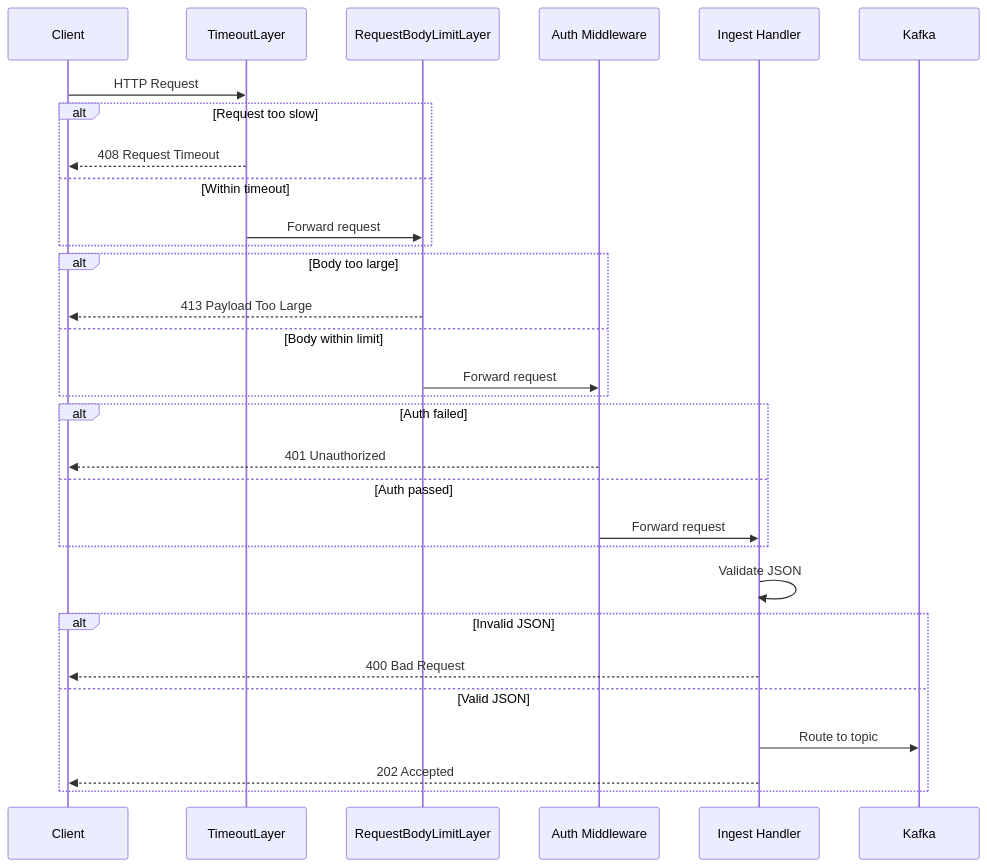
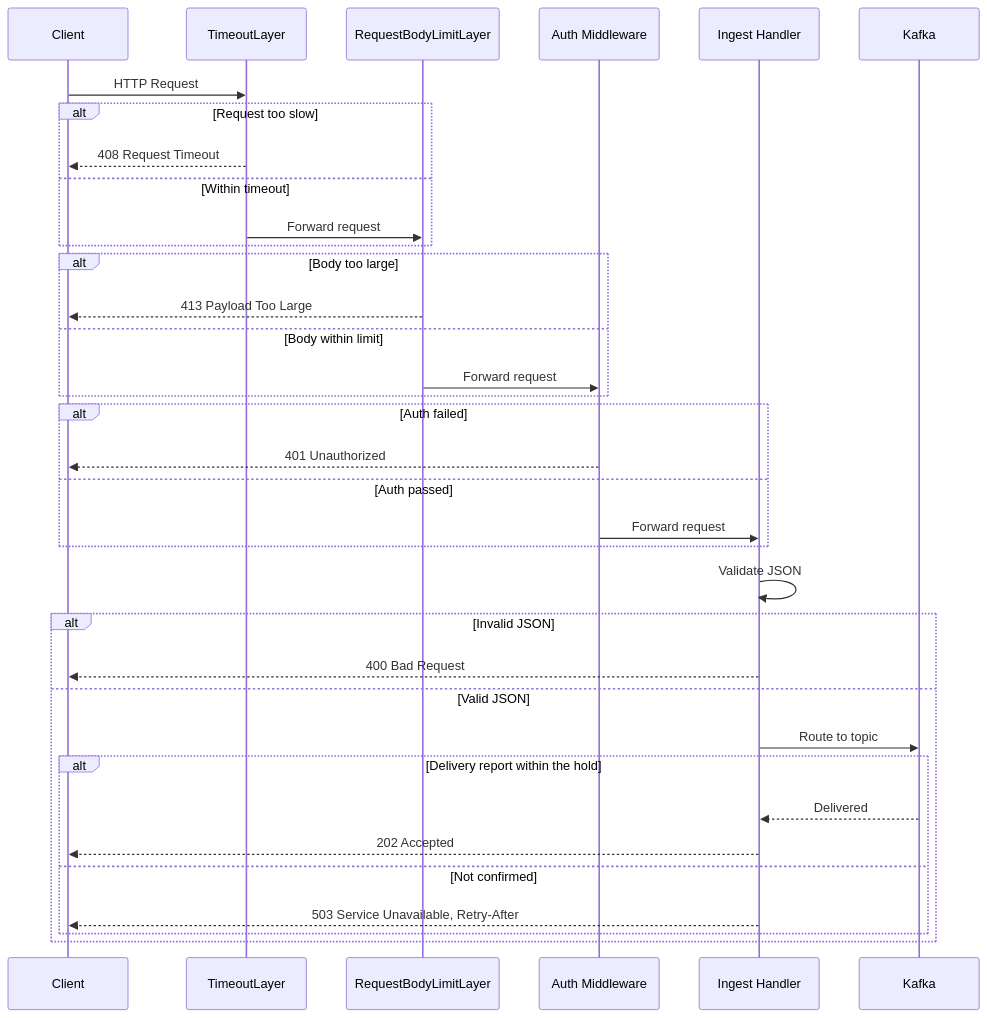
One commit to hyperi-io/dfe-receiver changed the fourth of 4 diagrams in docs/DESIGN.md. Above: the diagram before and after it, drawn with Mermaid. The commit also changed other lines of this file and 53 other files, not shown here.

First line of the commit message:
fix: hold each answer until delivery is confirmed (#155)

````diff
--- a/docs/DESIGN.md
+++ b/docs/DESIGN.md
@@ -674,37 +679,42 @@
 ```mermaid
 sequenceDiagram
     participant Client
     participant Timeout as TimeoutLayer
     participant BodyLimit as RequestBodyLimitLayer
     participant Auth as Auth Middleware
     participant Handler as Ingest Handler
     participant Kafka
 
     Client->>Timeout: HTTP Request
 
     alt Request too slow
         Timeout-->>Client: 408 Request Timeout
     else Within timeout
         Timeout->>BodyLimit: Forward request
     end
 
     alt Body too large
         BodyLimit-->>Client: 413 Payload Too Large
     else Body within limit
         BodyLimit->>Auth: Forward request
     end
 
     alt Auth failed
         Auth-->>Client: 401 Unauthorized
     else Auth passed
         Auth->>Handler: Forward request
     end
 
     Handler->>Handler: Validate JSON
     alt Invalid JSON
         Handler-->>Client: 400 Bad Request
     else Valid JSON
         Handler->>Kafka: Route to topic
-        Handler-->>Client: 202 Accepted
+        alt Delivery report within the hold
+            Kafka-->>Handler: Delivered
+            Handler-->>Client: 202 Accepted
+        else Not confirmed
+            Handler-->>Client: 503 Service Unavailable, Retry-After
+        end
     end
 ```
````
